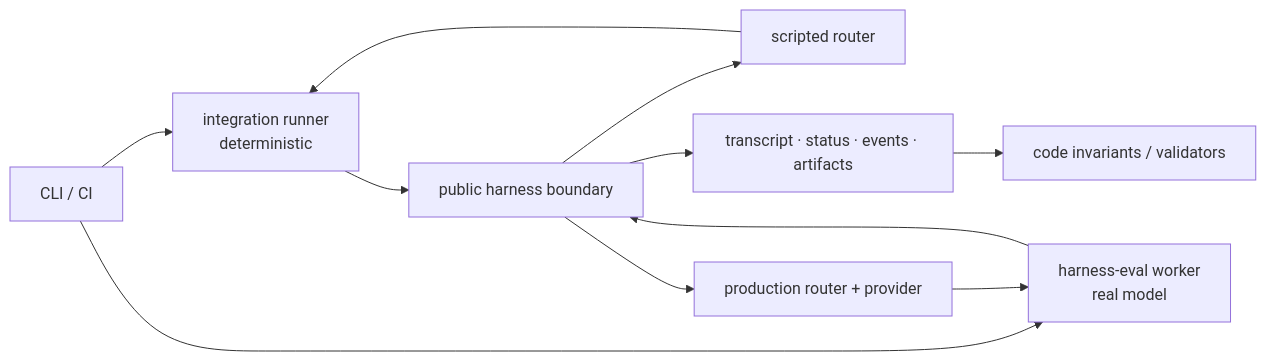
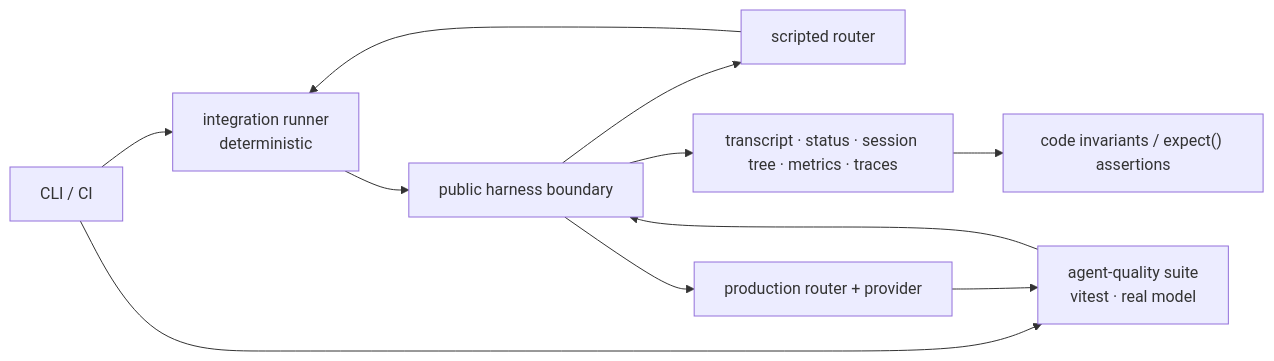
One commit to iii-hq/iii changed the diagram in tech-specs/2026-07-15-harness-evaluation/README.md. Above: the diagram before and after it, drawn with Mermaid. The commit also changed other lines of this file and 2 other files, not shown here.

First line of the commit message:
docs: revise harness evaluation to code-first authoring

````diff
--- a/tech-specs/2026-07-15-harness-evaluation/README.md
+++ b/tech-specs/2026-07-15-harness-evaluation/README.md
@@ -28,22 +30,22 @@
 ```mermaid
 flowchart LR
   ci["CLI / CI"]
   integration["integration runner\ndeterministic"]
-  quality["harness-eval worker\nreal model"]
+  quality["agent-quality suite\nvitest · real model"]
   harness["public harness boundary"]
   scripted["scripted router"]
   provider["production router + provider"]
-  evidence["transcript · status · events · artifacts"]
-  grader["code invariants / validators"]
+  evidence["transcript · status · session tree · metrics · traces"]
+  grader["code invariants / expect() assertions"]
 
   ci --> integration
   ci --> quality
   integration --> harness
   quality --> harness
   harness --> scripted
   harness --> provider
   harness --> evidence
   scripted --> integration
   provider --> quality
   evidence --> grader
 ```
````
